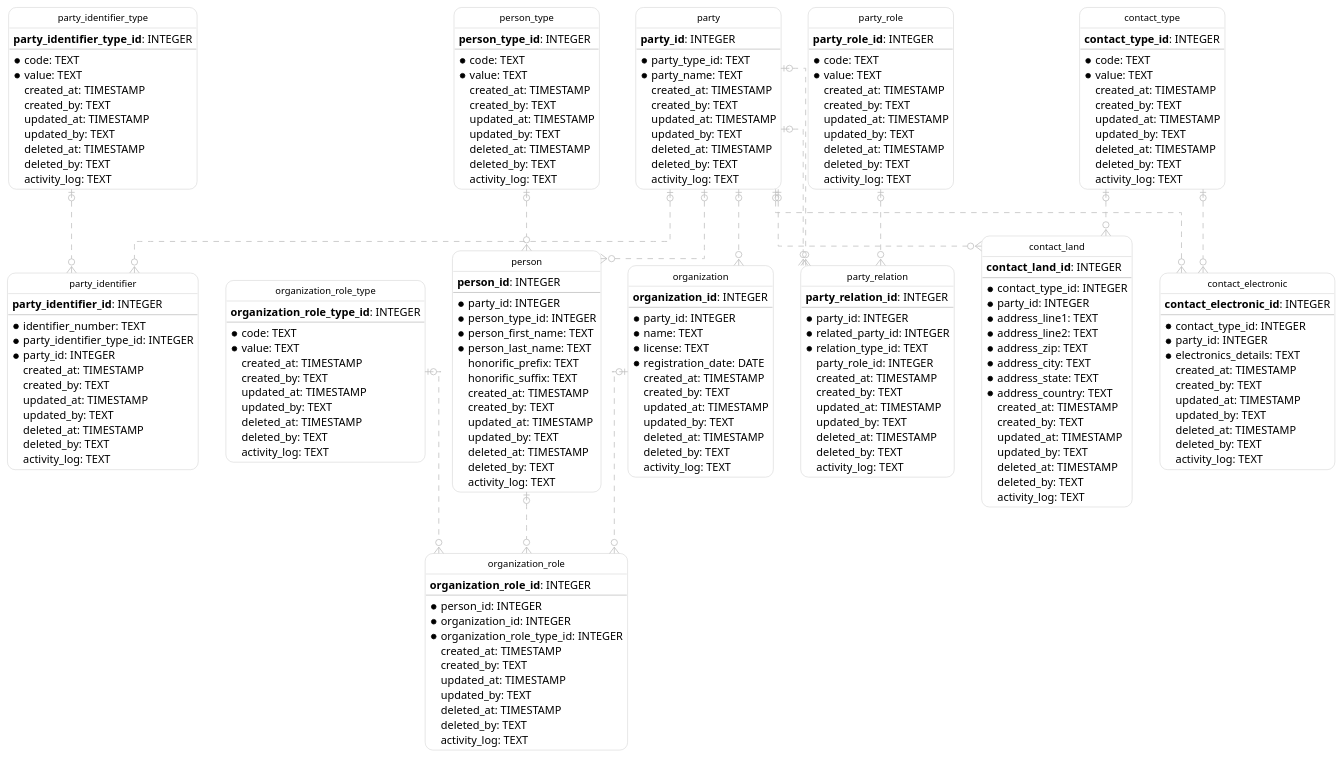
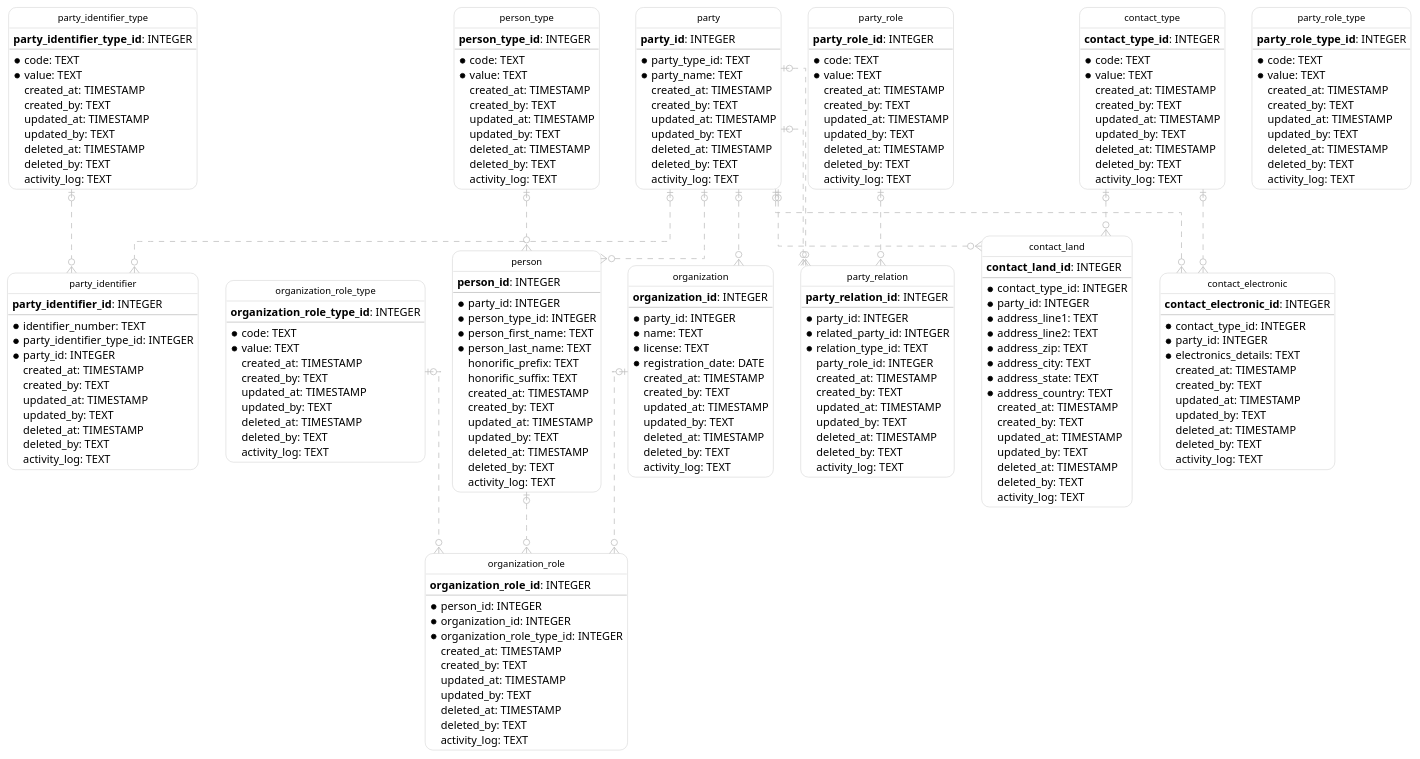
Before and after one commit to netspective-labs/sql-aide: the diagram in pattern/udm/models_test.fixture.puml, drawn with PlantUML. The commit also changed 5 other files, not shown here.

```diff
--- a/pattern/udm/models_test.fixture.puml
+++ b/pattern/udm/models_test.fixture.puml
@@ -209,6 +209,20 @@
       activity_log: TEXT
   }
 
+  entity "party_role_type" as party_role_type {
+      **party_role_type_id**: INTEGER
+    --
+    * code: TEXT
+    * value: TEXT
+      created_at: TIMESTAMP
+      created_by: TEXT
+      updated_at: TIMESTAMP
+      updated_by: TEXT
+      deleted_at: TIMESTAMP
+      deleted_by: TEXT
+      activity_log: TEXT
+  }
+
   party_identifier_type |o..o{ party_identifier
   party |o..o{ party_identifier
   party |o..o{ person
```
